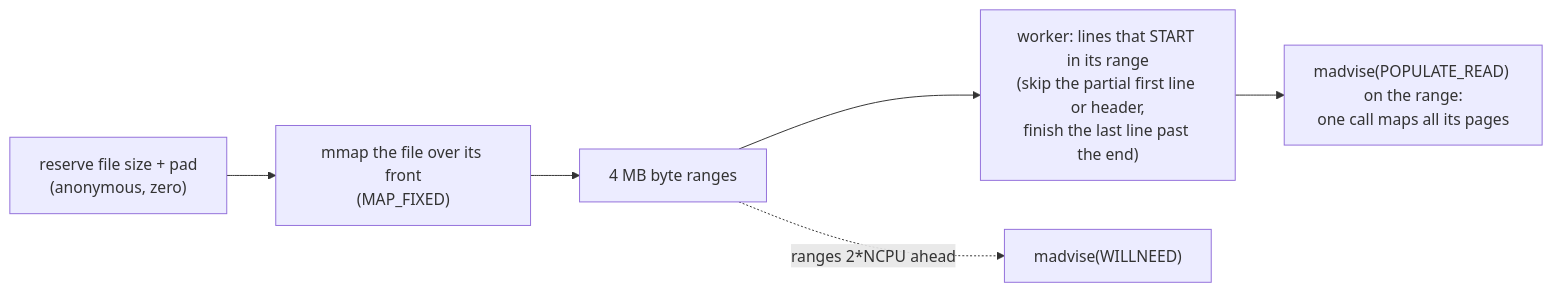
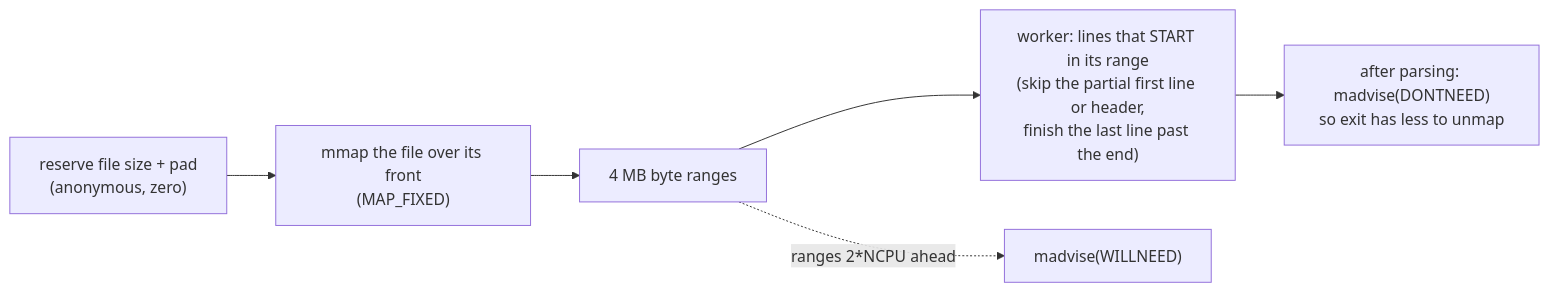
One commit to Kavan04/Databricks_Shopping changed the second of 8 diagrams in docs/ARCHITECTURE.md. Above: the diagram before and after it, drawn with Mermaid. The commit also changed other lines of this file, not shown here.

Commit message:
docs: architecture for v3.11 (24-byte records, split dedup, streamed output)

````diff
--- a/docs/ARCHITECTURE.md
+++ b/docs/ARCHITECTURE.md
@@ -57,8 +57,8 @@
 ```mermaid
 flowchart LR
     R["reserve file size + pad<br/>(anonymous, zero)"] --> M["mmap the file over its front<br/>(MAP_FIXED)"]
     M --> T["4 MB byte ranges"]
     T --> W["worker: lines that START in its range<br/>(skip the partial first line or header,<br/>finish the last line past the end)"]
-    W --> PO["madvise(POPULATE_READ) on the range:<br/>one call maps all its pages"]
     T -.->|"ranges 2*NCPU ahead"| WN["madvise(WILLNEED)"]
+    W --> RL["after parsing: madvise(DONTNEED)<br/>so exit has less to unmap"]
 ```
````
